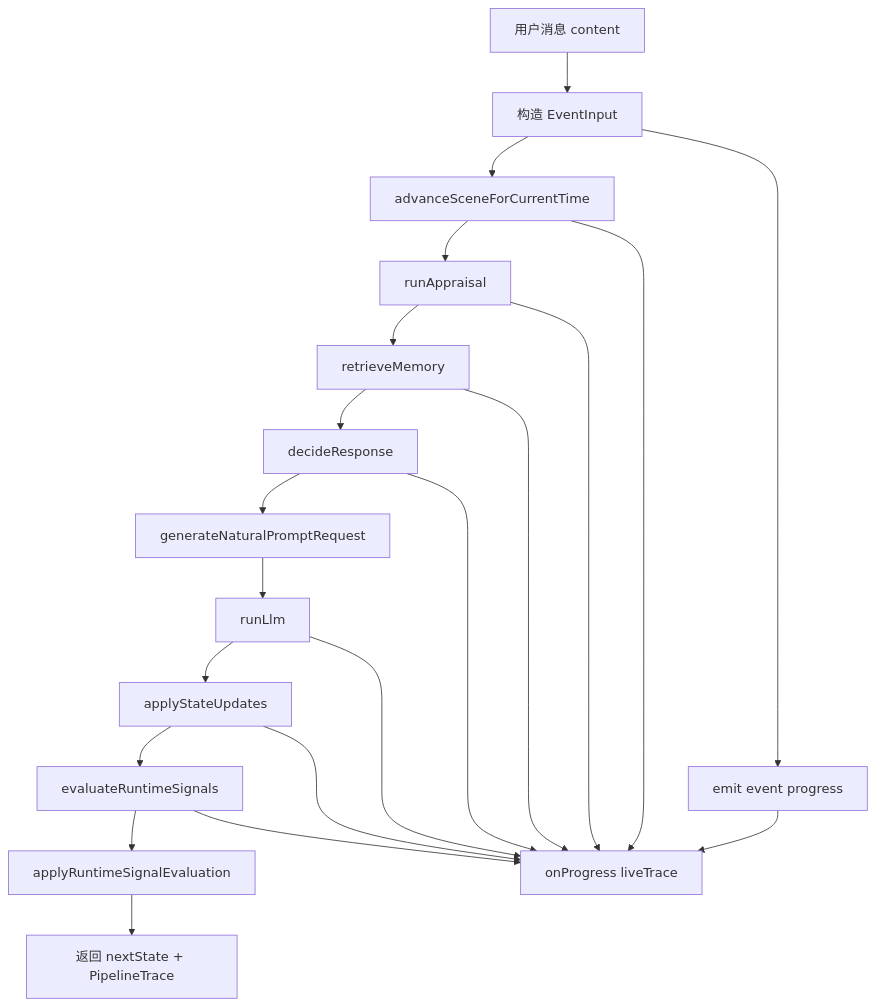
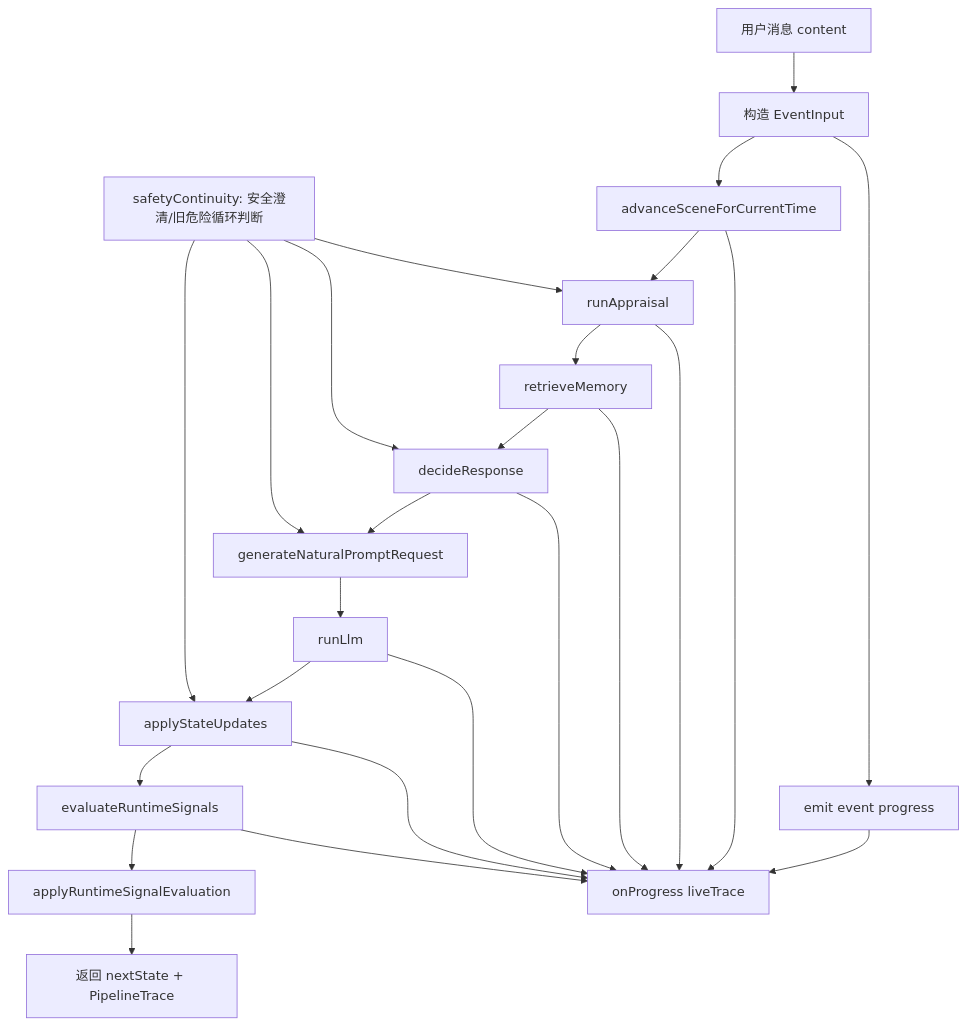
Before and after one commit to ttmanthatman/virtual-human-flow: diagram 23 of 31 in docs/SYSTEM_FLOW.md, drawn with Mermaid. The commit also changed other lines of this file and 16 other files, not shown here.

````diff
--- a/docs/SYSTEM_FLOW.md
+++ b/docs/SYSTEM_FLOW.md
@@ -575,23 +579,27 @@
 ```mermaid
 flowchart TD
     INPUT["用户消息 content"] --> EVENT["构造 EventInput"]
     EVENT --> PROGRESS1["emit event progress"]
     EVENT --> SCENE["advanceSceneForCurrentTime"]
     SCENE --> APPRAISAL["runAppraisal"]
     APPRAISAL --> MEM["retrieveMemory"]
     MEM --> DECISION["decideResponse"]
     DECISION --> PROMPT["generateNaturalPromptRequest"]
     PROMPT --> REPLY["runLlm"]
     REPLY --> UPDATE["applyStateUpdates"]
     UPDATE --> SIGNAL["evaluateRuntimeSignals"]
     SIGNAL --> APPLY["applyRuntimeSignalEvaluation"]
     APPLY --> RETURN["返回 nextState + PipelineTrace"]
+    SAFETY["safetyContinuity: 安全澄清/旧危险循环判断"] --> APPRAISAL
+    SAFETY --> DECISION
+    SAFETY --> PROMPT
+    SAFETY --> UPDATE
     PROGRESS1 --> TRACE["onProgress liveTrace"]
     SCENE --> TRACE
     APPRAISAL --> TRACE
     MEM --> TRACE
     DECISION --> TRACE
     REPLY --> TRACE
     UPDATE --> TRACE
     SIGNAL --> TRACE
 ```
````
